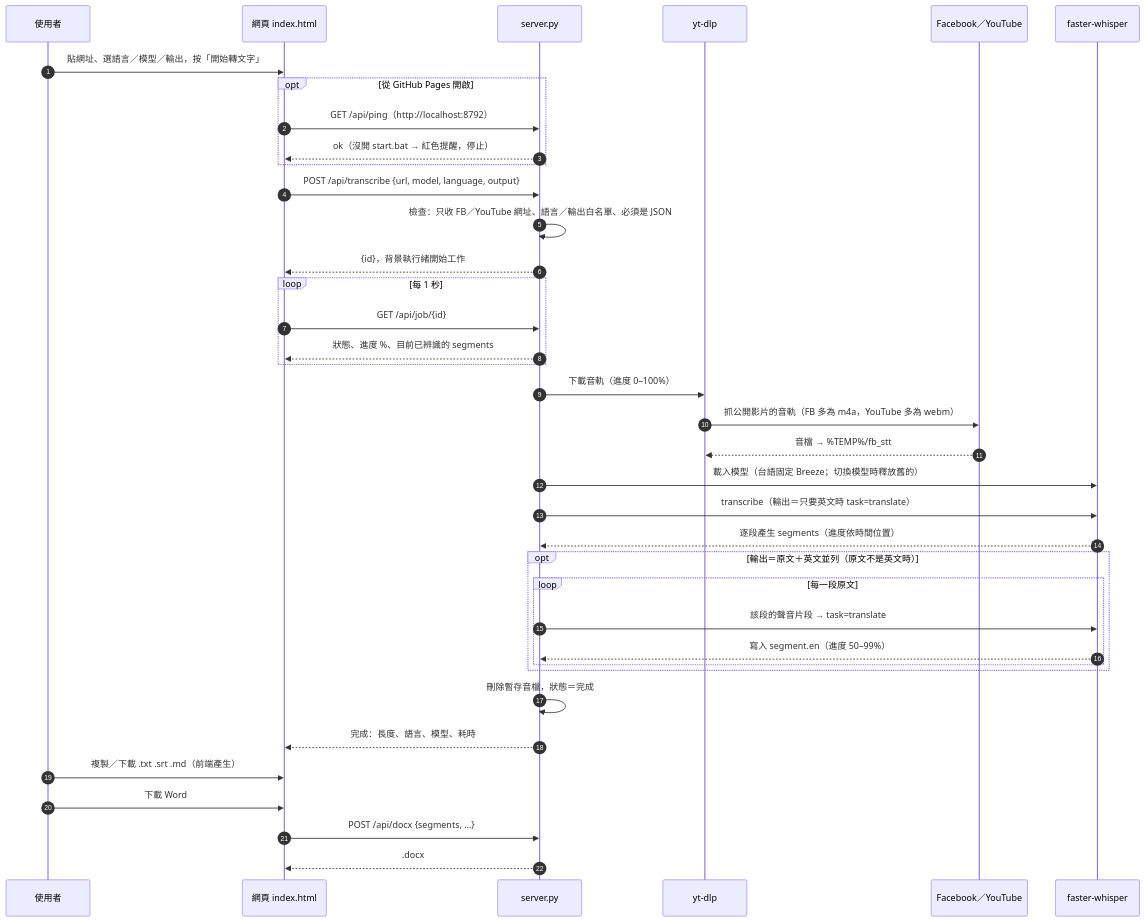
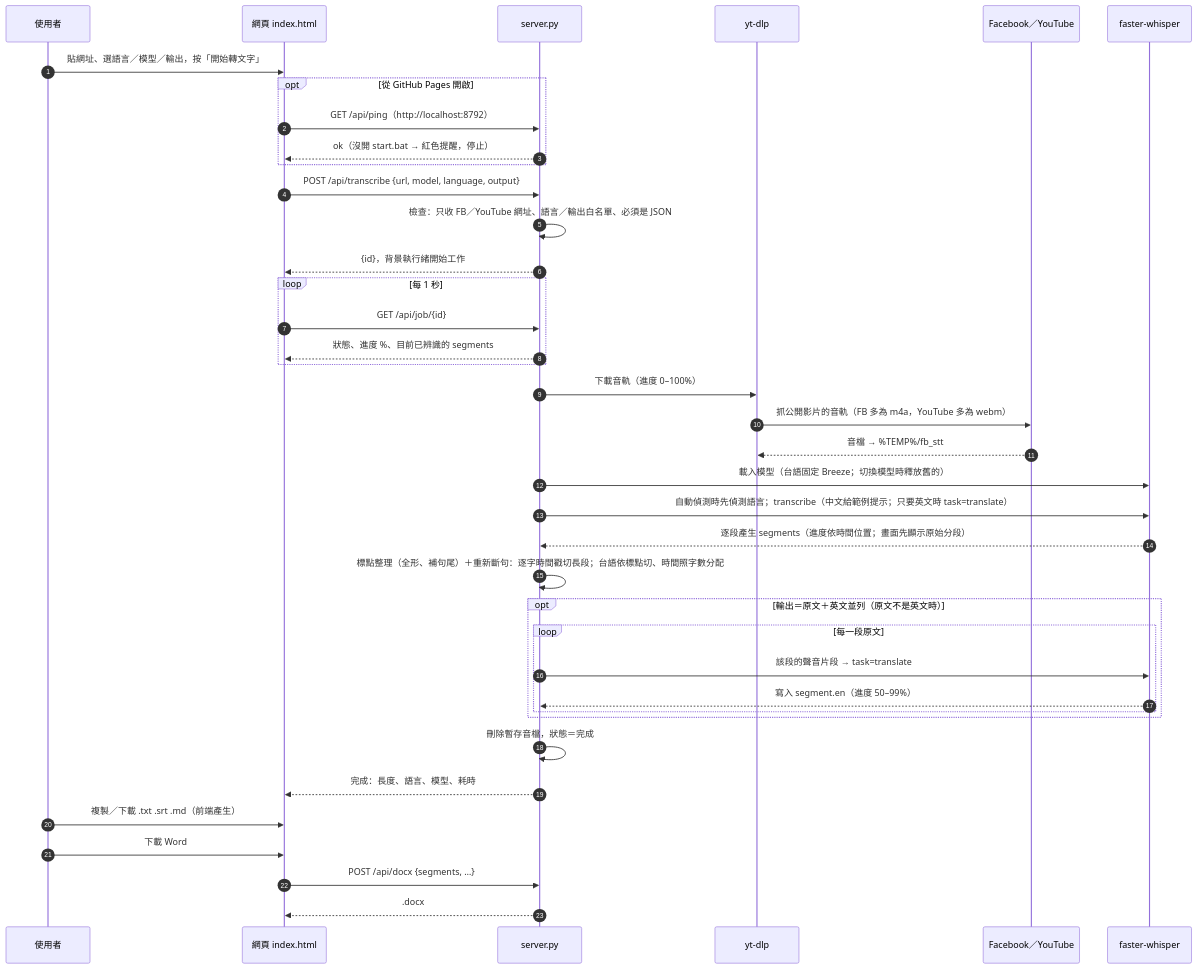
The diagram in docs/architecture-job.mmd (SinLiongToo/fb-video-stt), drawn with Mermaid before and after one commit. The commit also changed 5 other files, not shown here.

First line of the commit message:
v1.8：改善標點與斷句（A1 標點整理、A2 範例提示詞、A3 重新斷句）

```diff
--- a/docs/architecture-job.mmd
+++ b/docs/architecture-job.mmd
@@ -1,39 +1,40 @@
 sequenceDiagram
     autonumber
     participant U as 使用者
     participant P as 網頁 index.html
     participant S as server.py
     participant Y as yt-dlp
     participant F as Facebook／YouTube
     participant W as faster-whisper
 
     U->>P: 貼網址、選語言／模型／輸出，按「開始轉文字」
     opt 從 GitHub Pages 開啟
         P->>S: GET /api/ping（http://localhost:8792）
         S-->>P: ok（沒開 start.bat → 紅色提醒，停止）
     end
     P->>S: POST /api/transcribe {url, model, language, output}
     S->>S: 檢查：只收 FB／YouTube 網址、語言／輸出白名單、必須是 JSON
     S-->>P: {id}，背景執行緒開始工作
     loop 每 1 秒
         P->>S: GET /api/job/{id}
         S-->>P: 狀態、進度 %、目前已辨識的 segments
     end
     S->>Y: 下載音軌（進度 0–100%）
     Y->>F: 抓公開影片的音軌（FB 多為 m4a，YouTube 多為 webm）
     F-->>Y: 音檔 → %TEMP%/fb_stt
     S->>W: 載入模型（台語固定 Breeze；切換模型時釋放舊的）
-    S->>W: transcribe（輸出＝只要英文時 task=translate）
-    W-->>S: 逐段產生 segments（進度依時間位置）
+    S->>W: 自動偵測時先偵測語言；transcribe（中文給範例提示；只要英文時 task=translate）
+    W-->>S: 逐段產生 segments（進度依時間位置；畫面先顯示原始分段）
+    S->>S: 標點整理（全形、補句尾）＋重新斷句：逐字時間戳切長段；台語依標點切、時間照字數分配
     opt 輸出＝原文＋英文並列（原文不是英文時）
         loop 每一段原文
             S->>W: 該段的聲音片段 → task=translate
             W-->>S: 寫入 segment.en（進度 50–99%）
         end
     end
     S->>S: 刪除暫存音檔，狀態＝完成
     S-->>P: 完成：長度、語言、模型、耗時
     U->>P: 複製／下載 .txt .srt .md（前端產生）
     U->>P: 下載 Word
     P->>S: POST /api/docx {segments, …}
     S-->>P: .docx
```
